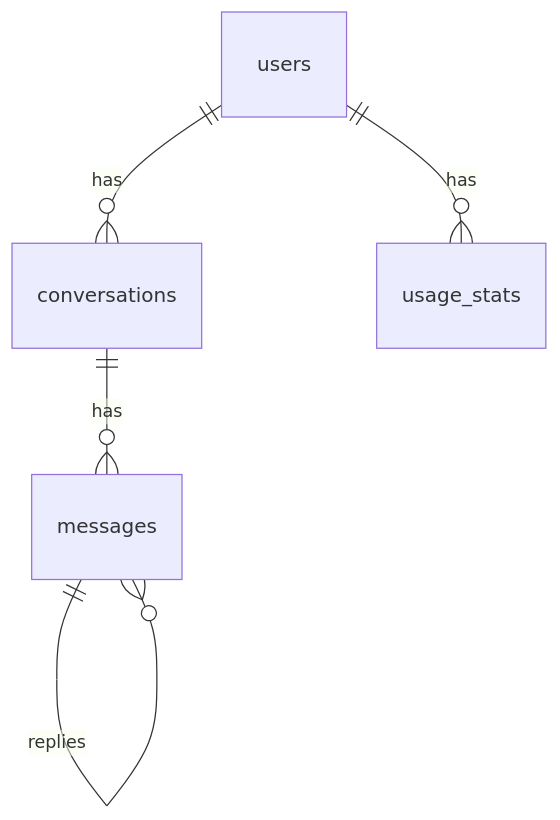
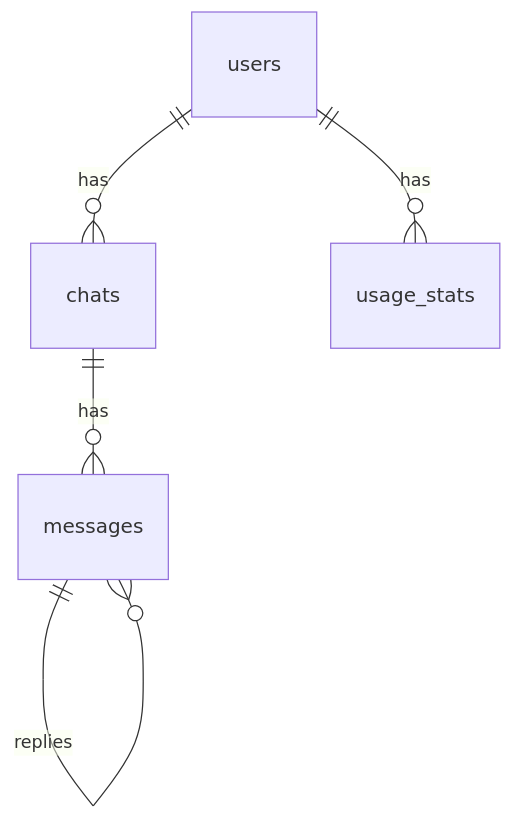
One commit to Yosh1ki/branch-chatai changed the diagram in specforhuman/data_model.md. Above: the diagram before and after it, drawn with Mermaid. The commit also changed other lines of this file and 21 other files, not shown here.

````diff
--- a/specforhuman/data_model.md
+++ b/specforhuman/data_model.md
@@ -21,7 +21,7 @@
 ```mermaid
 erDiagram
-  users ||--o{ conversations : has
+  users ||--o{ chats : has
   users ||--o{ usage_stats : has
-  conversations ||--o{ messages : has
+  chats ||--o{ messages : has
   messages ||--o{ messages : replies
 ```
````
